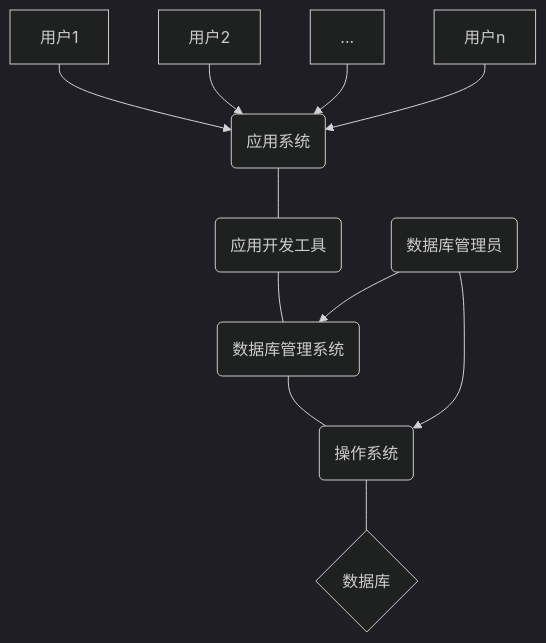
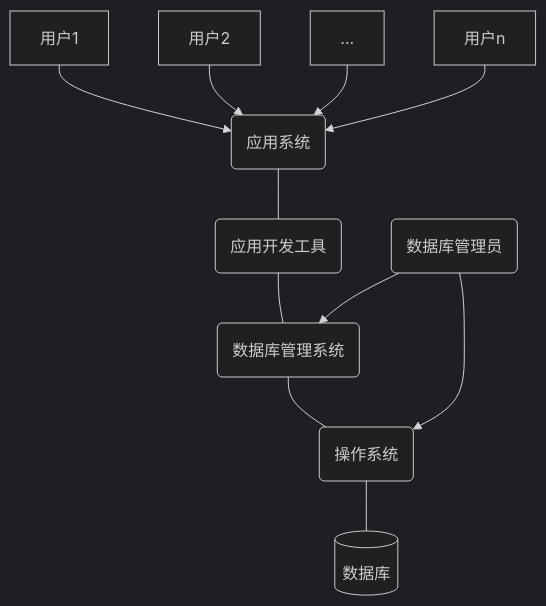
The third of 3 diagrams in README.md (forget-eve/Database-Basics), drawn with Mermaid (dark theme) before and after one commit.

````diff
--- a/README.md
+++ b/README.md
@@ -408,13 +408,13 @@
 ```mermaid
 graph TB
 A[用户1] --> E(应用系统)
 B[用户2] --> E
 C[...] --> E
 D[用户n] --> E
 E --- F(应用开发工具)
 F --- G(数据库管理系统)
 G --- H(操作系统)
-H --- J{数据库}
+H --- J[(数据库)]
 I(数据库管理员) --> G
 I --> H
 ```
````
